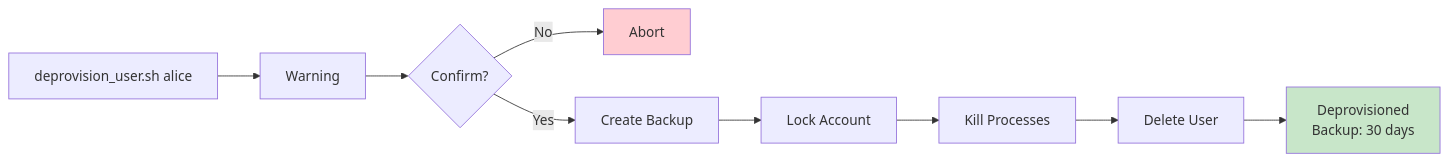
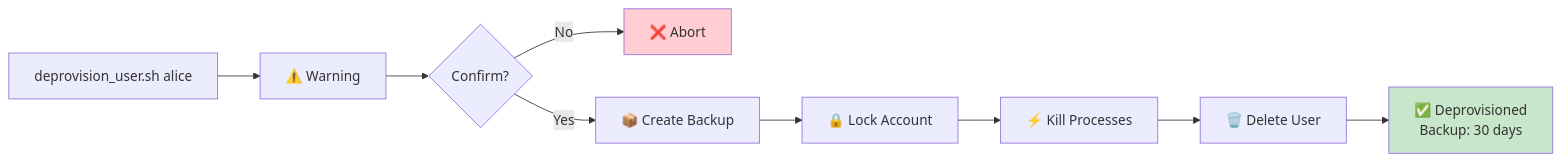
One commit to aaronwittchen/Automated-Storage-Provisioning-Tool changed the second of 5 diagrams in README.md. Above: the diagram before and after it, drawn with Mermaid. The commit also changed other lines of this file and 1 other file, not shown here.

````diff
--- a/README.md
+++ b/README.md
@@ -208,14 +208,14 @@
 ```mermaid
 graph LR
-    A["deprovision_user.sh alice"] --> B["Warning"]
+    A["deprovision_user.sh alice"] --> B["⚠️ Warning"]
     B --> C{Confirm?}
-    C -->|No| D["Abort"]
-    C -->|Yes| E["Create Backup"]
-    E --> F["Lock Account"]
-    F --> G["Kill Processes"]
-    G --> H["Delete User"]
-    H --> I["Deprovisioned<br/>Backup: 30 days"]
+    C -->|No| D["❌ Abort"]
+    C -->|Yes| E["📦 Create Backup"]
+    E --> F["🔒 Lock Account"]
+    F --> G["⚡ Kill Processes"]
+    G --> H["🗑️ Delete User"]
+    H --> I["✅ Deprovisioned<br/>Backup: 30 days"]
     
     style I fill:#c8e6c9
     style D fill:#ffcdd2
 ```
````
